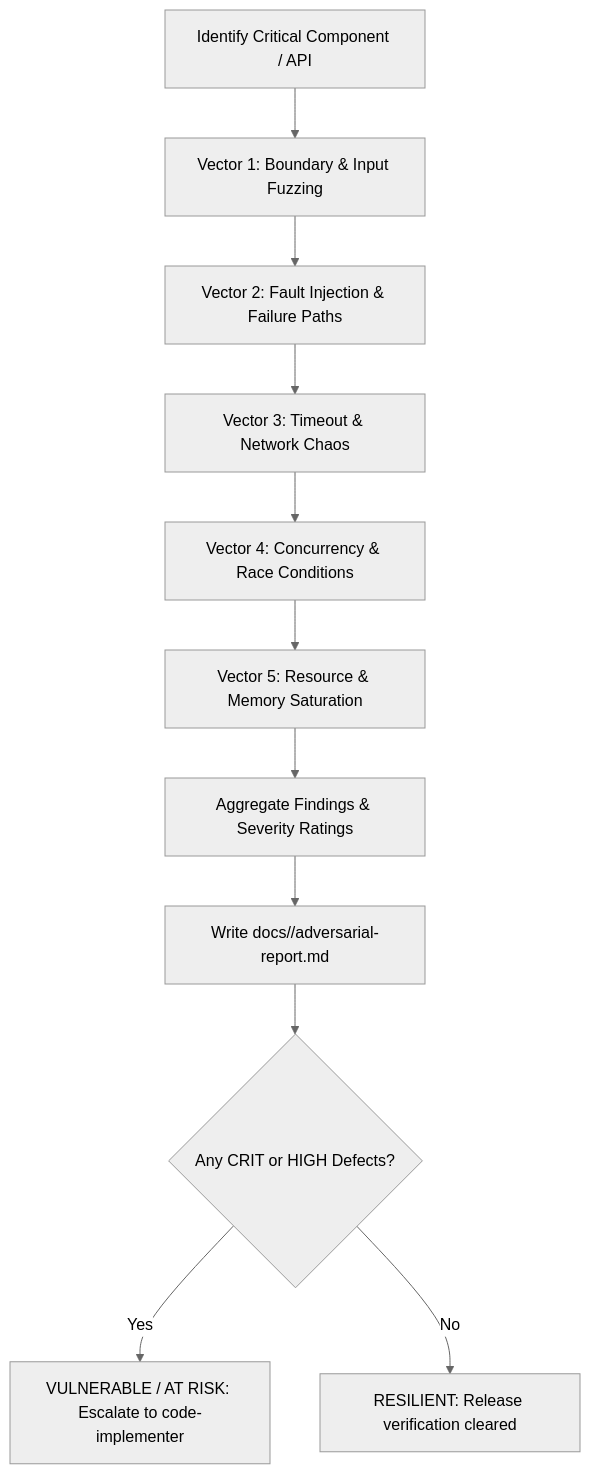
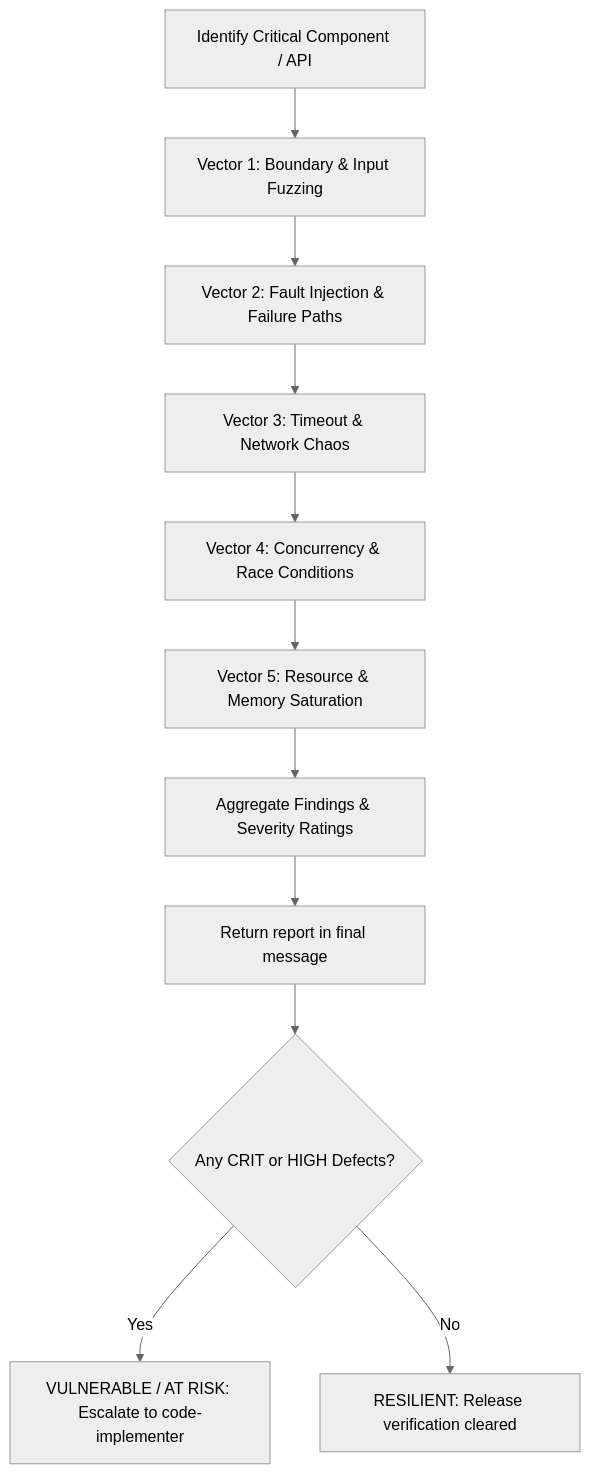
Before and after one commit to jggomez/expert-ai-developer-skills: the diagram in plugins/antigravity/python-backend/skills/adversarial-challenger/SKILL.md, drawn with Mermaid (neutral theme). The commit also changed other lines of this file and 259 other files, not shown here.

````diff
--- a/plugins/antigravity/python-backend/skills/adversarial-challenger/SKILL.md
+++ b/plugins/antigravity/python-backend/skills/adversarial-challenger/SKILL.md
@@ -36,13 +38,13 @@
 ```mermaid
 flowchart TD
     START["Identify Critical Component / API"] --> V1["Vector 1: Boundary & Input Fuzzing"]
     V1 --> V2["Vector 2: Fault Injection & Failure Paths"]
     V2 --> V3["Vector 3: Timeout & Network Chaos"]
     V3 --> V4["Vector 4: Concurrency & Race Conditions"]
     V4 --> V5["Vector 5: Resource & Memory Saturation"]
     V5 --> COMPILE["Aggregate Findings & Severity Ratings"]
-    COMPILE --> REPORT["Write docs/<feature-name>/adversarial-report.md"]
+    COMPILE --> REPORT["Return report in final message"]
     REPORT --> STATUS{"Any CRIT or HIGH Defects?"}
     STATUS -->|"Yes"| REJECT["VULNERABLE / AT RISK: Escalate to code-implementer"]
     STATUS -->|"No"| APPROVE["RESILIENT: Release verification cleared"]
 ```
````
